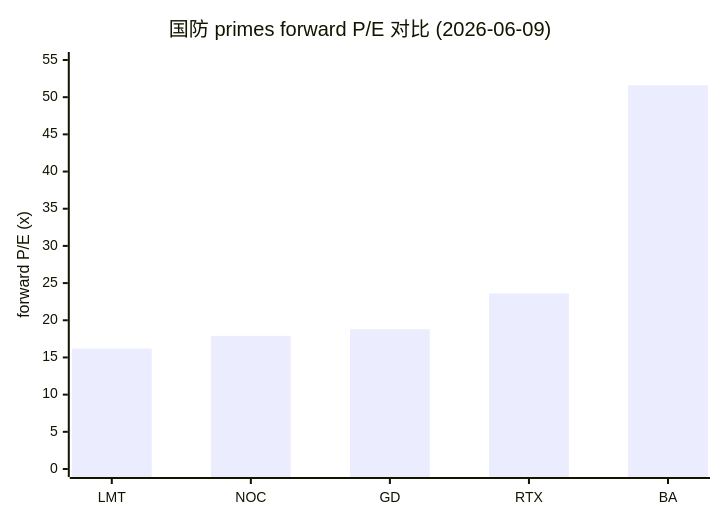
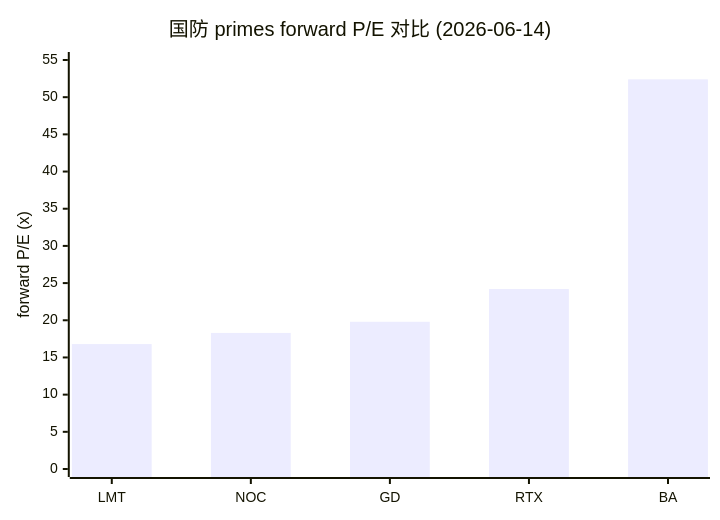
One commit to dadachundan/financial_agent changed the third of 9 diagrams in reports/company/LockheedMartin_NYSE_LMT/LockheedMartin_NYSE_LMT_公司研究.md. Above: the diagram before and after it, drawn with Mermaid. The commit also changed other lines of this file, not shown here.

Commit message:
refresh(company-research): update Lockheed Martin (LMT) — FY2025 results, decision layer, full chart suite

````diff
--- a/reports/company/LockheedMartin_NYSE_LMT/LockheedMartin_NYSE_LMT_公司研究.md
+++ b/reports/company/LockheedMartin_NYSE_LMT/LockheedMartin_NYSE_LMT_公司研究.md
@@ -105,7 +175,7 @@
 ```mermaid
 xychart-beta
-    title "国防 primes forward P/E 对比 (2026-06-09)"
+    title "国防 primes forward P/E 对比 (2026-06-14)"
     x-axis [LMT, NOC, GD, RTX, BA]
     y-axis "forward P/E (x)" 0 --> 55
-    bar [16.2, 17.9, 18.8, 23.6, 51.6]
+    bar [16.8, 18.3, 19.8, 24.2, 52.4]
 ```
````
